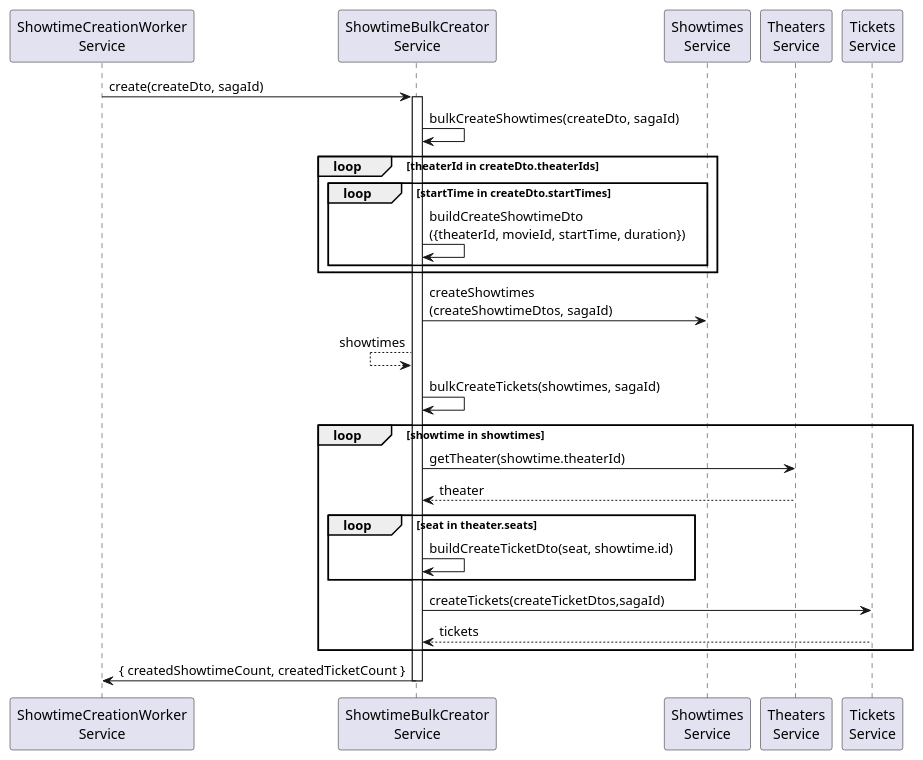
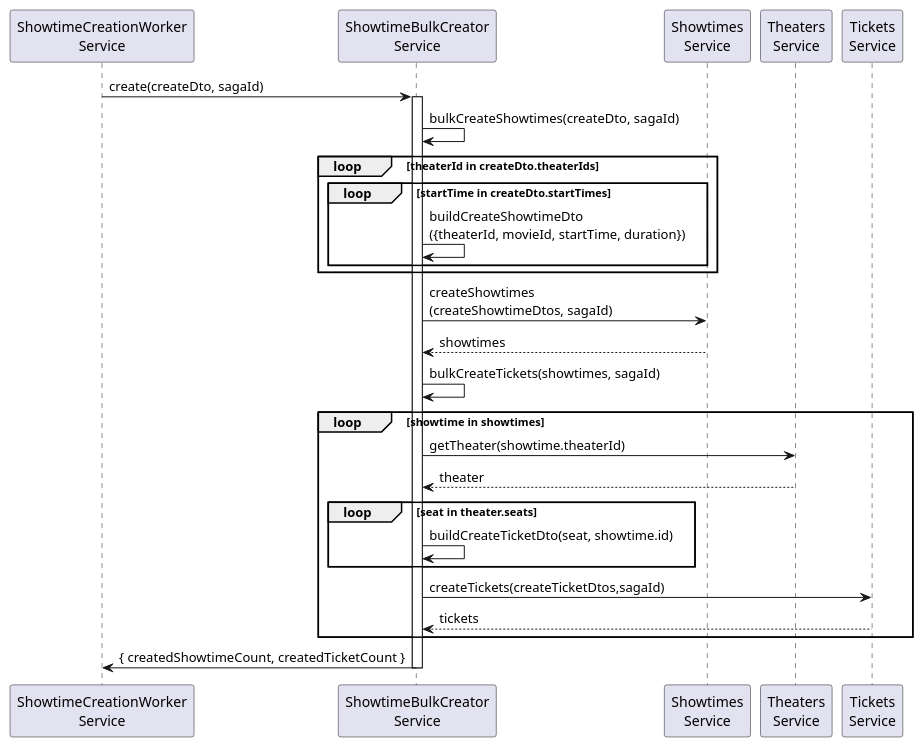
Diagram 11 of 17 in _posts/3026-06-11-backend-design-3.5.md (mannercode/mannercode.github.io), drawn with PlantUML before and after one commit. The commit also changed other lines of this file and 9 other files, not shown here.

```diff
--- a/_posts/3026-06-11-backend-design-3.5.md
+++ b/_posts/3026-06-11-backend-design-3.5.md
@@ -411,37 +417,37 @@
 {% plantuml %}
 @startuml
 participant "ShowtimeCreationWorker\nService" as worker
 participant "ShowtimeBulkCreator\nService" as creator
 participant "Showtimes\nService" as showtimes
 participant "Theaters\nService" as theaters
 participant "Tickets\nService" as tickets
 
 worker -> creator: create(createDto, sagaId)
 
 activate creator
     creator -> creator: bulkCreateShowtimes(createDto, sagaId)
 
     loop theaterId in createDto.theaterIds
         loop startTime in createDto.startTimes
             creator -> creator: buildCreateShowtimeDto\n({theaterId, movieId, startTime, duration})
         end
     end
 
     creator -> showtimes: createShowtimes\n(createShowtimeDtos, sagaId)
-    creator <-- creator: showtimes
+    creator <-- showtimes: showtimes
 
     creator -> creator: bulkCreateTickets(showtimes, sagaId)
 
     loop showtime in showtimes
         creator -> theaters: getTheater(showtime.theaterId)
         creator <-- theaters: theater
         loop seat in theater.seats
             creator -> creator: buildCreateTicketDto(seat, showtime.id)
         end
         creator -> tickets: createTickets(createTicketDtos,sagaId)
         creator <-- tickets: tickets
     end
     worker <- creator: { createdShowtimeCount, createdTicketCount }
 deactivate creator
 @enduml
 {% endplantuml %}
```
